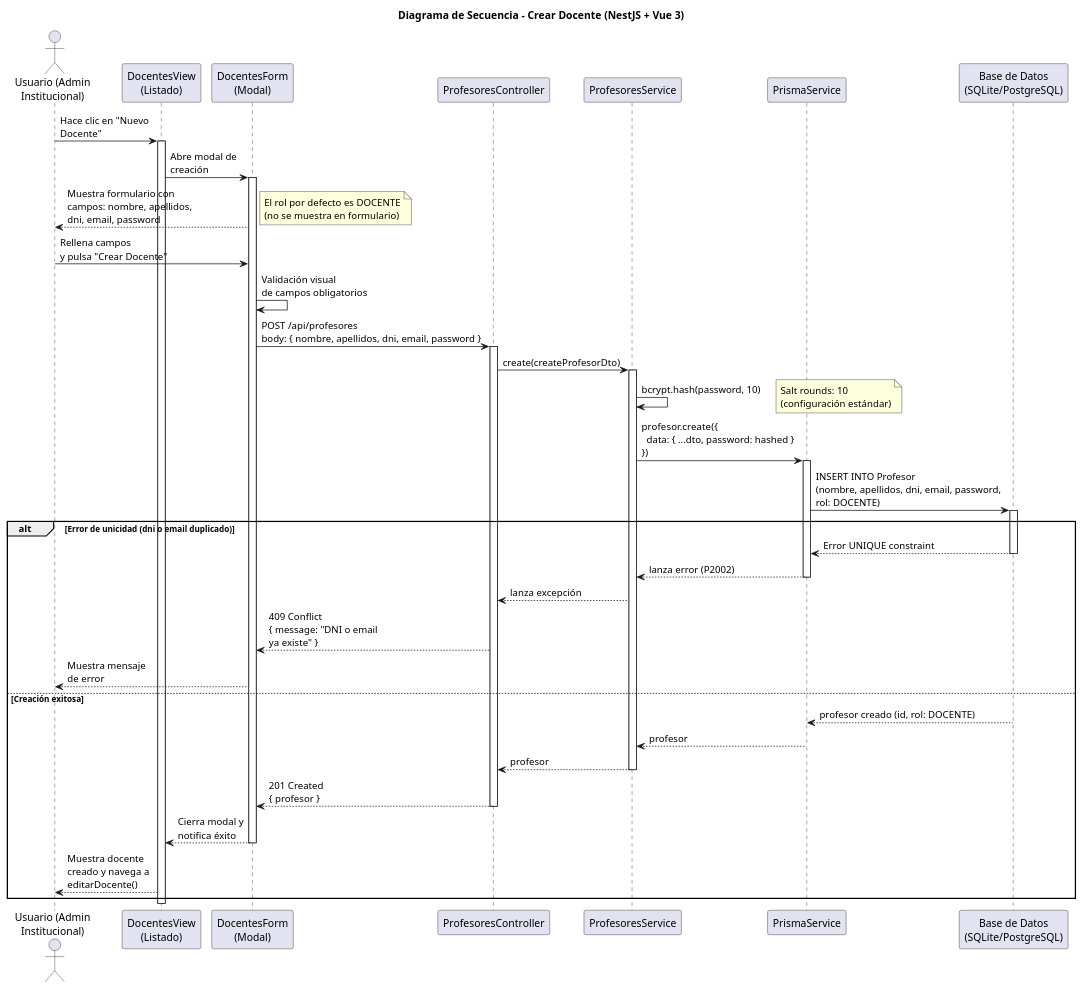
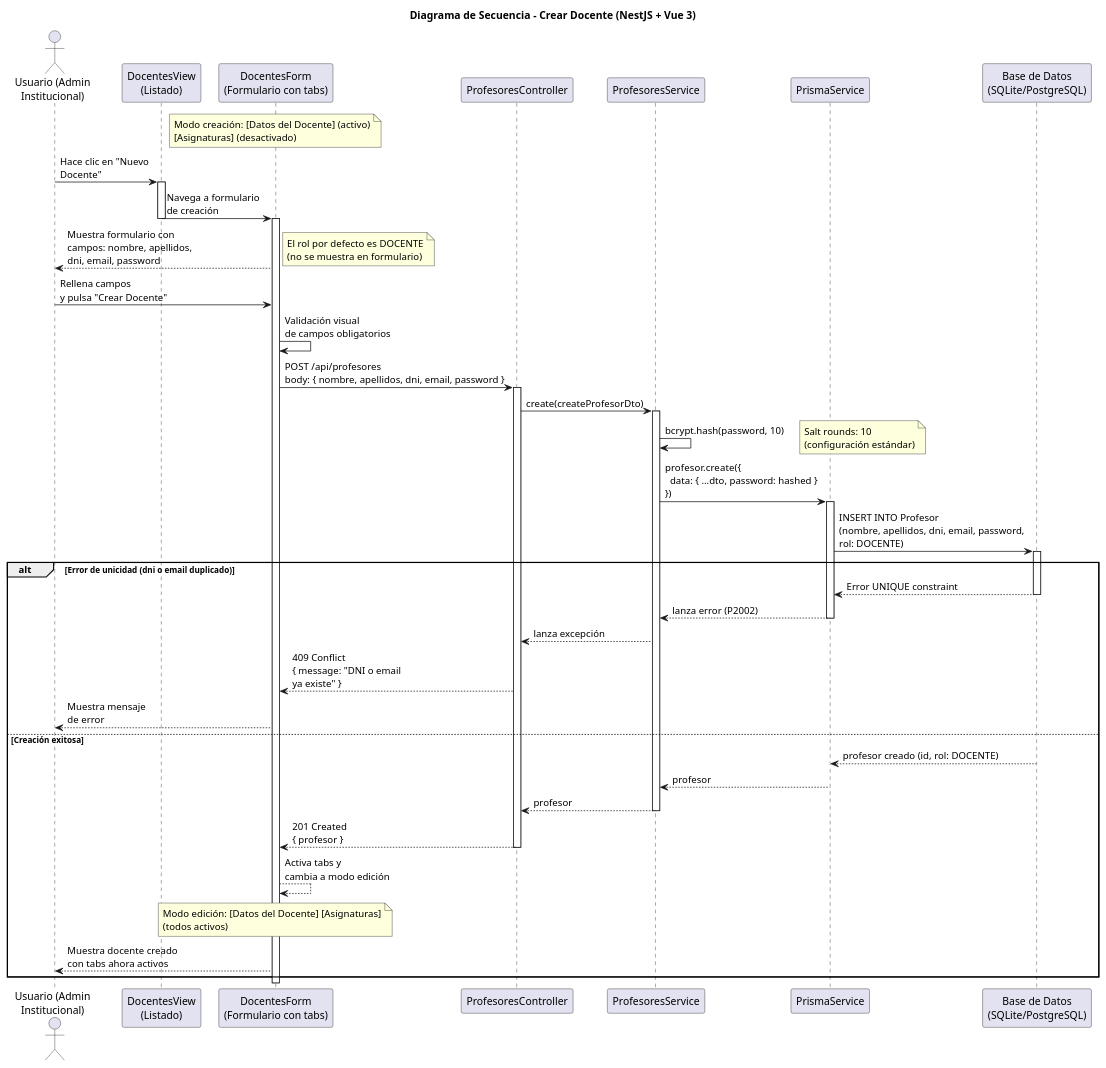
The diagram in documents/diseño/crearDocente/README.md (marcosgutierrez6/25-26-idsw2-sdVC), drawn with PlantUML before and after one commit. The commit also changed other lines of this file and 14 other files, not shown here.

````diff
--- a/documents/diseño/crearDocente/README.md
+++ b/documents/diseño/crearDocente/README.md
@@ -30,71 +30,72 @@
 ```plantuml
 @startuml
 title Diagrama de Secuencia - Crear Docente (NestJS + Vue 3)
 
 actor "Usuario (Admin\nInstitucional)" as User
 participant "DocentesView\n(Listado)" as List
-participant "DocentesForm\n(Modal)" as Form
+participant "DocentesForm\n(Formulario con tabs)" as Form
 participant "ProfesoresController" as Controller
 participant "ProfesoresService" as Service
 participant "PrismaService" as Prisma
 participant "Base de Datos\n(SQLite/PostgreSQL)" as DB
 
+note over Form : Modo creación: [Datos del Docente] (activo)\n[Asignaturas] (desactivado)
+
 User -> List: Hace clic en "Nuevo\nDocente"
 activate List
 
-List -> Form: Abre modal de\ncreación
+List -> Form: Navega a formulario\nde creación
+deactivate List
 activate Form
 Form --> User: Muestra formulario con\ncampos: nombre, apellidos,\ndni, email, password
 note right
   El rol por defecto es DOCENTE
   (no se muestra en formulario)
 end note
 
 User -> Form: Rellena campos\ny pulsa "Crear Docente"
 Form -> Form: Validación visual\nde campos obligatorios
 
 Form -> Controller: POST /api/profesores\nbody: { nombre, apellidos, dni, email, password }
 activate Controller
 
 Controller -> Service: create(createProfesorDto)
 activate Service
 
 Service -> Service: bcrypt.hash(password, 10)
 note right
   Salt rounds: 10
   (configuración estándar)
 end note
 
 Service -> Prisma: profesor.create({\n  data: { ...dto, password: hashed }\n})
 activate Prisma
 Prisma -> DB: INSERT INTO Profesor\n(nombre, apellidos, dni, email, password,\nrol: DOCENTE)
 activate DB
 
 alt Error de unicidad (dni o email duplicado)
   DB --> Prisma: Error UNIQUE constraint
   deactivate DB
   Prisma --> Service: lanza error (P2002)
   deactivate Prisma
   Service --> Controller: lanza excepción
   Controller --> Form: 409 Conflict\n{ message: "DNI o email\nya existe" }
   Form --> User: Muestra mensaje\nde error
 else Creación exitosa
   DB --> Prisma: profesor creado (id, rol: DOCENTE)
   deactivate DB
   Prisma --> Service: profesor
   deactivate Prisma
 
   Service --> Controller: profesor
   deactivate Service
   Controller --> Form: 201 Created\n{ profesor }
   deactivate Controller
 
-  Form --> List: Cierra modal y\nnotifica éxito
-  deactivate Form
-  List --> User: Muestra docente\ncreado y navega a\neditarDocente()
+  Form --> Form: Activa tabs y\ncambia a modo edición
+  note over Form : Modo edición: [Datos del Docente] [Asignaturas]\n(todos activos)
+  Form --> User: Muestra docente creado\ncon tabs ahora activos
 end
-
-deactivate List
 
 @enduml
 ```
````
